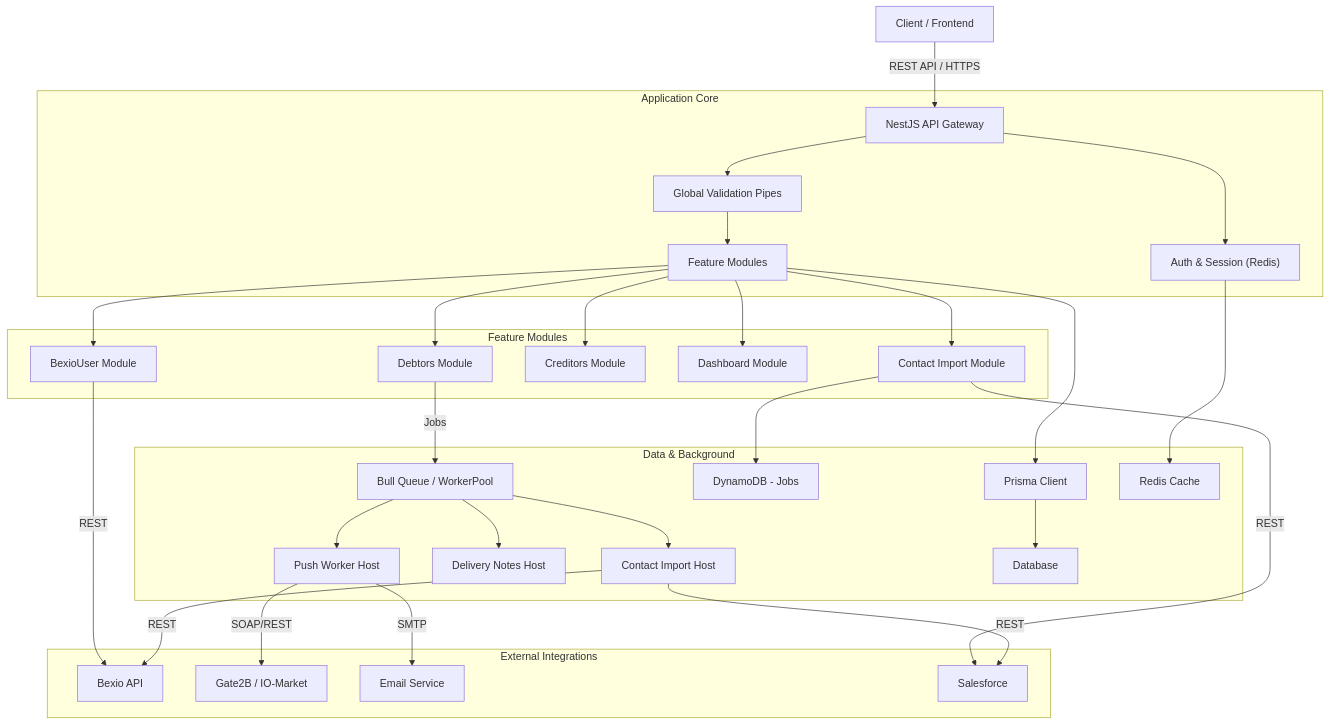
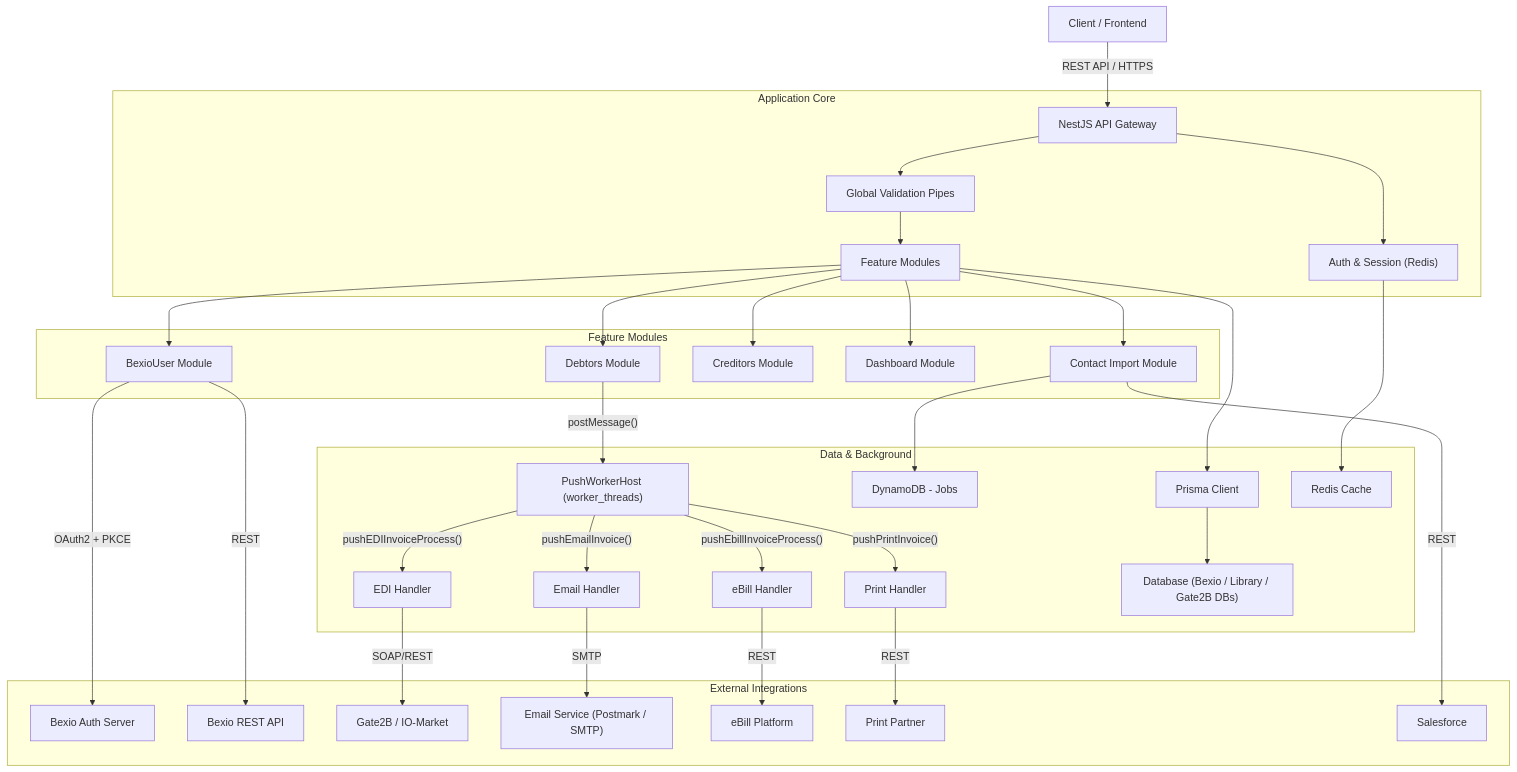
Before and after one commit to sreerajmp/bexio-backend: the first of 3 diagrams in docs/architecture.md, drawn with Mermaid. The commit also changed other lines of this file and 1 other file, not shown here.

````diff
--- a/docs/architecture.md
+++ b/docs/architecture.md
@@ -9,38 +9,40 @@
 ```mermaid
 flowchart TD
     Client["Client / Frontend"] -->|REST API / HTTPS| API_Gateway["NestJS API Gateway"]
-    
+
     subgraph "Application Core"
         API_Gateway --> Auth["Auth & Session (Redis)"]
         API_Gateway --> Pipes["Global Validation Pipes"]
         Pipes --> Modules["Feature Modules"]
     end
 
     subgraph "Feature Modules"
         Modules --> UserMod["BexioUser Module"]
         Modules --> DebtorsMod["Debtors Module"]
         Modules --> CreditorsMod["Creditors Module"]
         Modules --> DashboardMod["Dashboard Module"]
         Modules --> ContactMod["Contact Import Module"]
     end
 
     subgraph "Data & Background"
-        DebtorsMod -->|Jobs| Queue["Bull Queue / WorkerPool"]
-        Queue --> PushWorker["Push Worker Host"]
-        Queue --> DeliveryWorker["Delivery Notes Host"]
-        Queue --> ContactWorker["Contact Import Host"]
+        DebtorsMod -->|"postMessage()"| PushWorker["PushWorkerHost (worker_threads)"]
+        PushWorker -->|"pushEDIInvoiceProcess()"| EDIFn["EDI Handler"]
+        PushWorker -->|"pushEmailInvoice()"| EmailFn["Email Handler"]
+        PushWorker -->|"pushPrintInvoice()"| PrintFn["Print Handler"]
+        PushWorker -->|"pushEbillInvoiceProcess()"| EbillFn["eBill Handler"]
         ContactMod --> DynamoDB["DynamoDB - Jobs"]
         Modules --> Prisma["Prisma Client"]
-        Prisma --> DB["Database"]
+        Prisma --> DB["Database (Bexio / Library / Gate2B DBs)"]
         Auth --> Redis["Redis Cache"]
     end
 
     subgraph "External Integrations"
-        UserMod -->|REST| BexioAPI["Bexio API"]
-        PushWorker -->|SOAP/REST| Gate2B["Gate2B / IO-Market"]
-        PushWorker -->|SMTP| Email["Email Service"]
-        ContactMod -->|REST| Salesforce["Salesforce"]
-        ContactWorker -->|REST| Salesforce
-        ContactWorker -->|REST| BexioAPI
+        UserMod -->|"OAuth2 + PKCE"| BexioAuth["Bexio Auth Server"]
+        UserMod -->|"REST"| BexioAPI["Bexio REST API"]
+        EDIFn -->|"SOAP/REST"| Gate2B["Gate2B / IO-Market"]
+        EmailFn -->|"SMTP"| EmailSvc["Email Service (Postmark / SMTP)"]
+        EbillFn -->|"REST"| EbillSvc["eBill Platform"]
+        PrintFn -->|"REST"| PrintSvc["Print Partner"]
+        ContactMod -->|"REST"| Salesforce["Salesforce"]
     end
 ```
````
